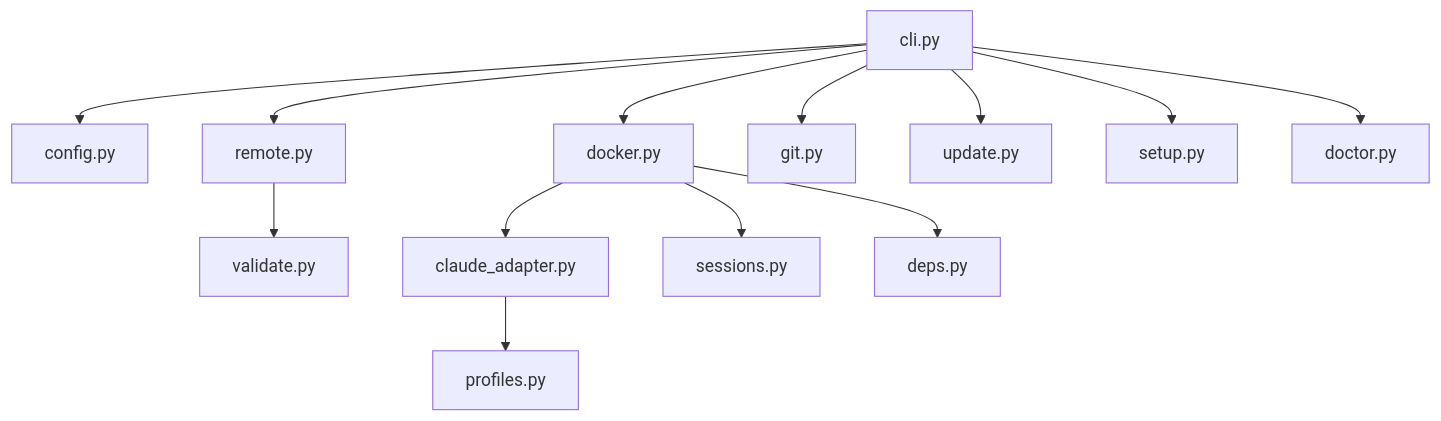
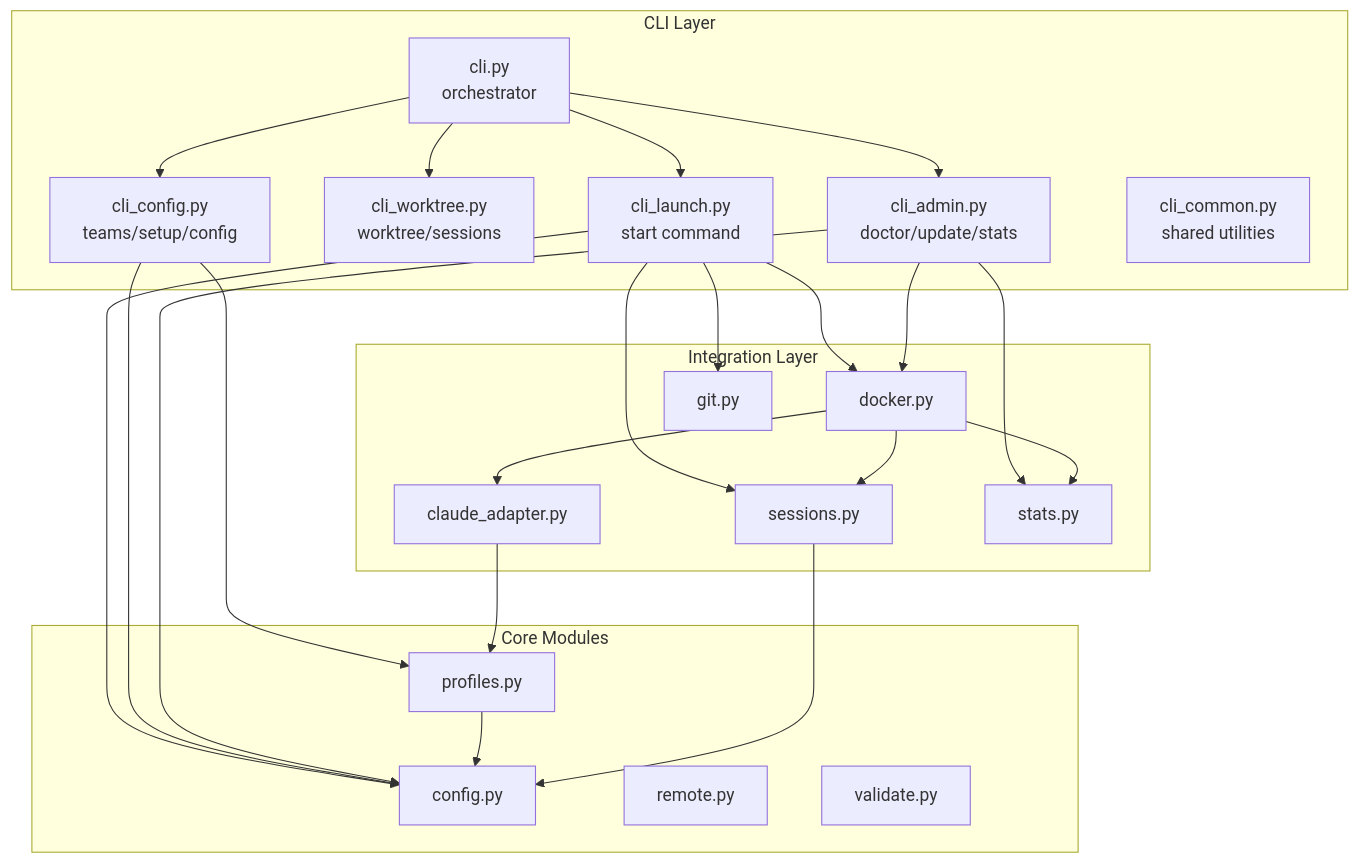
Before and after one commit to CCimen/scc: the fourth of 4 diagrams in docs/ARCHITECTURE.md, drawn with Mermaid. The commit also changed other lines of this file and 26 other files, not shown here.

First line of the commit message:
feat: add 3-layer config inheritance with governance model

````diff
--- a/docs/ARCHITECTURE.md
+++ b/docs/ARCHITECTURE.md
@@ -79,18 +191,51 @@
 ```mermaid
 graph TD
-    CLI[cli.py] --> Config[config.py]
-    CLI --> Remote[remote.py]
-    CLI --> Docker[docker.py]
-    CLI --> Git[git.py]
-    CLI --> Update[update.py]
-    CLI --> Setup[setup.py]
-    CLI --> Doctor[doctor.py]
+    subgraph CLI[CLI Layer]
+        Main[cli.py<br/>orchestrator]
+        Launch[cli_launch.py<br/>start command]
+        Worktree[cli_worktree.py<br/>worktree/sessions]
+        CfgCLI[cli_config.py<br/>teams/setup/config]
+        Admin[cli_admin.py<br/>doctor/update/stats]
+        Common[cli_common.py<br/>shared utilities]
+    end
 
-    Remote --> Validate[validate.py]
+    subgraph Core[Core Modules]
+        Config[config.py]
+        Remote[remote.py]
+        Profiles[profiles.py]
+        Validate[validate.py]
+    end
 
-    Docker --> Adapter[claude_adapter.py]
-    Docker --> Sessions[sessions.py]
-    Docker --> Deps[deps.py]
+    subgraph Integration[Integration Layer]
+        Docker[docker.py]
+        Adapter[claude_adapter.py]
+        Git[git.py]
+        Sessions[sessions.py]
+        Stats[stats.py]
+    end
 
-    Adapter --> Profiles[profiles.py]
+    Main --> Launch
+    Main --> Worktree
+    Main --> CfgCLI
+    Main --> Admin
+
+    Launch --> Docker
+    Launch --> Config
+    Launch --> Git
+    Launch --> Sessions
+
+    CfgCLI --> Config
+    CfgCLI --> Profiles
+
+    Admin --> Stats
+    Admin --> Config
+    Admin --> Docker
+
+    Docker --> Adapter
+    Docker --> Sessions
+    Docker --> Stats
+
+    Adapter --> Profiles
+    Profiles --> Config
+    Sessions --> Config
 ```
````
